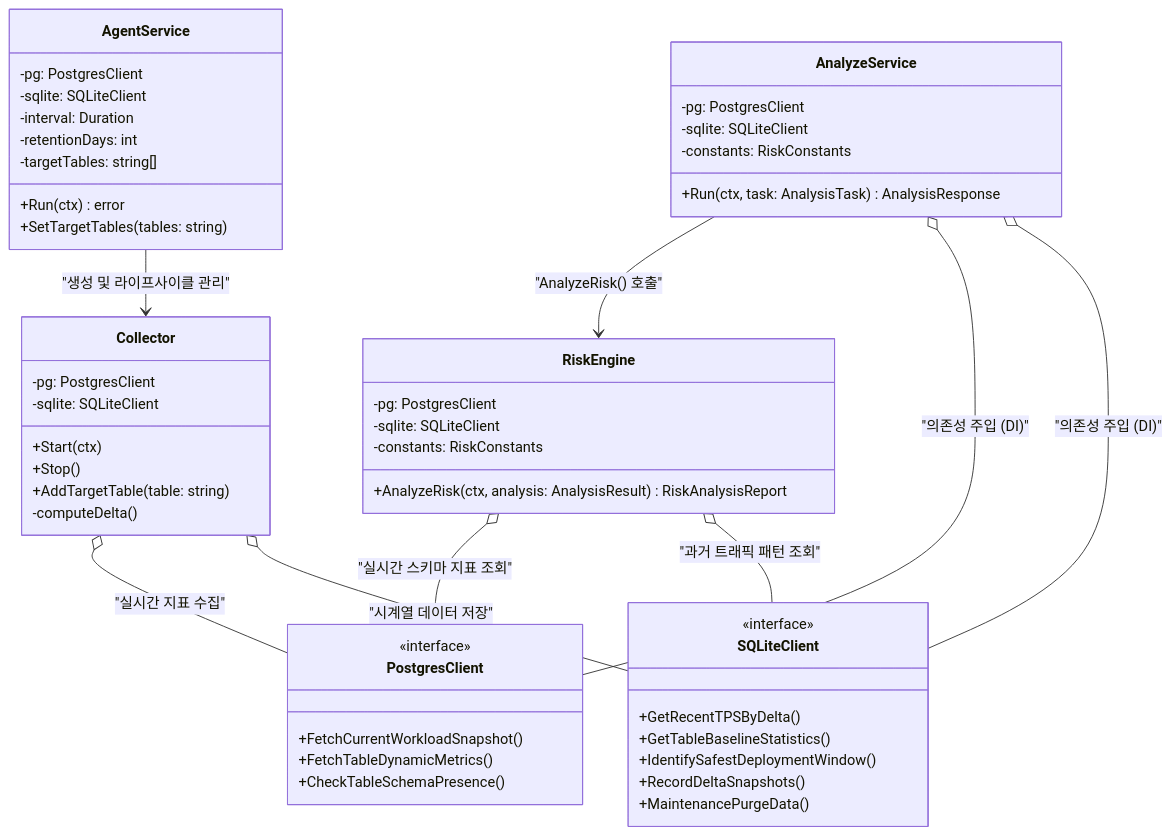
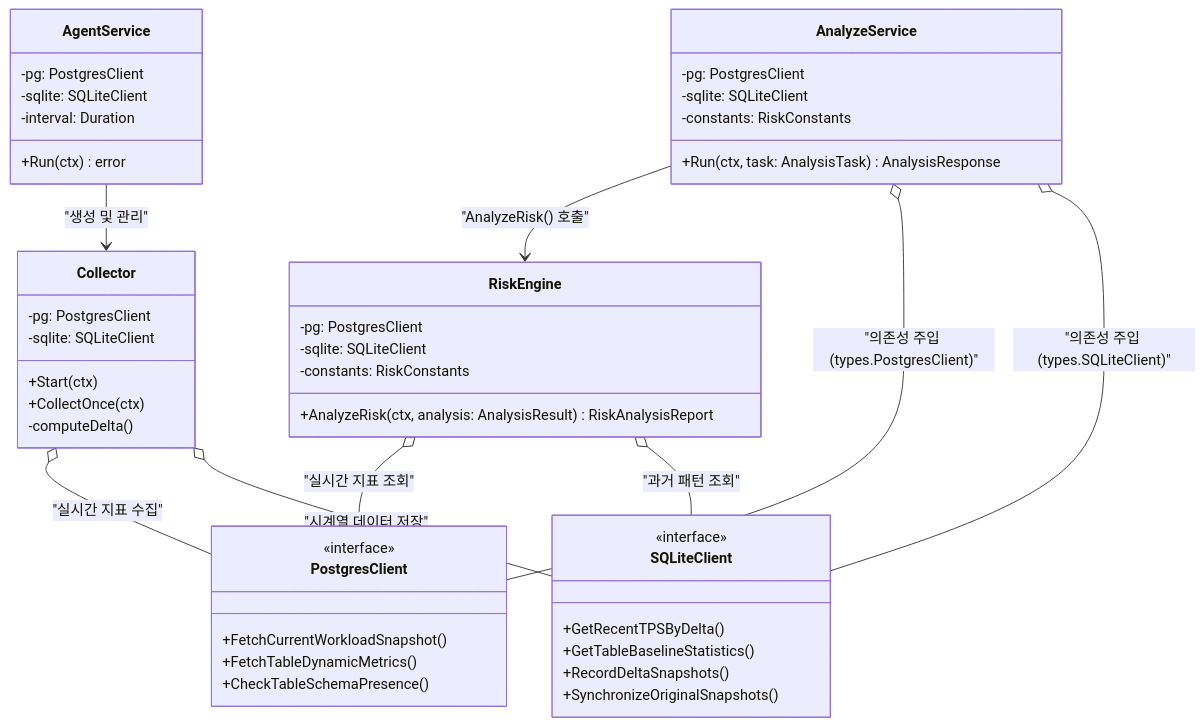
One commit to Homeria/MigraGuard changed the diagram in docs/02_architecture/uml_diagrams/01_class_diagram.md. Above: the diagram before and after it, drawn with Mermaid. The commit also changed other lines of this file and 48 other files, not shown here.

First line of the commit message:
refactor: transition to Feature-First architecture and enhance risk reporting

````diff
--- a/docs/02_architecture/uml_diagrams/01_class_diagram.md
+++ b/docs/02_architecture/uml_diagrams/01_class_diagram.md
@@ -11,60 +11,55 @@
 ```mermaid
 classDiagram
     class AnalyzeService {
         -pg: PostgresClient
         -sqlite: SQLiteClient
         -constants: RiskConstants
         +Run(ctx, task: AnalysisTask) AnalysisResponse
     }
 
     class AgentService {
         -pg: PostgresClient
         -sqlite: SQLiteClient
         -interval: Duration
-        -retentionDays: int
-        -targetTables: string[]
         +Run(ctx) error
-        +SetTargetTables(tables: string)
     }
 
     class RiskEngine {
         -pg: PostgresClient
         -sqlite: SQLiteClient
         -constants: RiskConstants
         +AnalyzeRisk(ctx, analysis: AnalysisResult) RiskAnalysisReport
     }
 
     class Collector {
         -pg: PostgresClient
         -sqlite: SQLiteClient
         +Start(ctx)
-        +Stop()
-        +AddTargetTable(table: string)
+        +CollectOnce(ctx)
         -computeDelta()
     }
 
     class PostgresClient {
         <<interface>>
         +FetchCurrentWorkloadSnapshot()
         +FetchTableDynamicMetrics()
         +CheckTableSchemaPresence()
     }
 
     class SQLiteClient {
         <<interface>>
         +GetRecentTPSByDelta()
         +GetTableBaselineStatistics()
-        +IdentifySafestDeploymentWindow()
         +RecordDeltaSnapshots()
-        +MaintenancePurgeData()
+        +SynchronizeOriginalSnapshots()
     }
 
     AnalyzeService --> RiskEngine : "AnalyzeRisk() 호출"
-    AnalyzeService o-- PostgresClient : "의존성 주입 (DI)"
-    AnalyzeService o-- SQLiteClient : "의존성 주입 (DI)"
-    AgentService --> Collector : "생성 및 라이프사이클 관리"
+    AnalyzeService o-- PostgresClient : "의존성 주입 (types.PostgresClient)"
+    AnalyzeService o-- SQLiteClient : "의존성 주입 (types.SQLiteClient)"
+    AgentService --> Collector : "생성 및 관리"
     Collector o-- PostgresClient : "실시간 지표 수집"
     Collector o-- SQLiteClient : "시계열 데이터 저장"
-    RiskEngine o-- PostgresClient : "실시간 스키마 지표 조회"
-    RiskEngine o-- SQLiteClient : "과거 트래픽 패턴 조회"
+    RiskEngine o-- PostgresClient : "실시간 지표 조회"
+    RiskEngine o-- SQLiteClient : "과거 패턴 조회"
 ```
````
